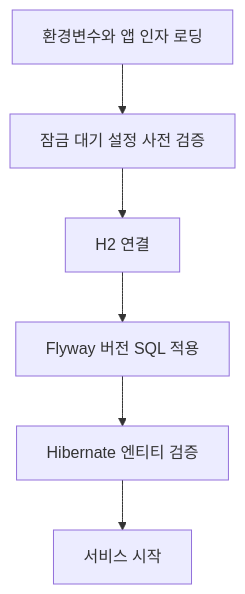
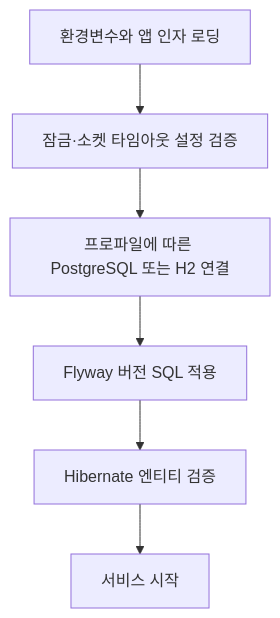
One commit to ssipflow/GlobalRemittance changed the sixth of 6 diagrams in docs/application/architecture.md. Above: the diagram before and after it, drawn with Mermaid. The commit also changed other lines of this file and 16 other files, not shown here.

````diff
--- a/docs/application/architecture.md
+++ b/docs/application/architecture.md
@@ -139,8 +155,8 @@
 ```mermaid
 flowchart TD
-    C[환경변수와 앱 인자 로딩] --> V[잠금 대기 설정 사전 검증]
-    V --> D[H2 연결]
+    C[환경변수와 앱 인자 로딩] --> V[잠금·소켓 타임아웃 설정 검증]
+    V --> D[프로파일에 따른 PostgreSQL 또는 H2 연결]
     D --> F[Flyway 버전 SQL 적용]
     F --> H[Hibernate 엔티티 검증]
     H --> S[서비스 시작]
 ```
````
